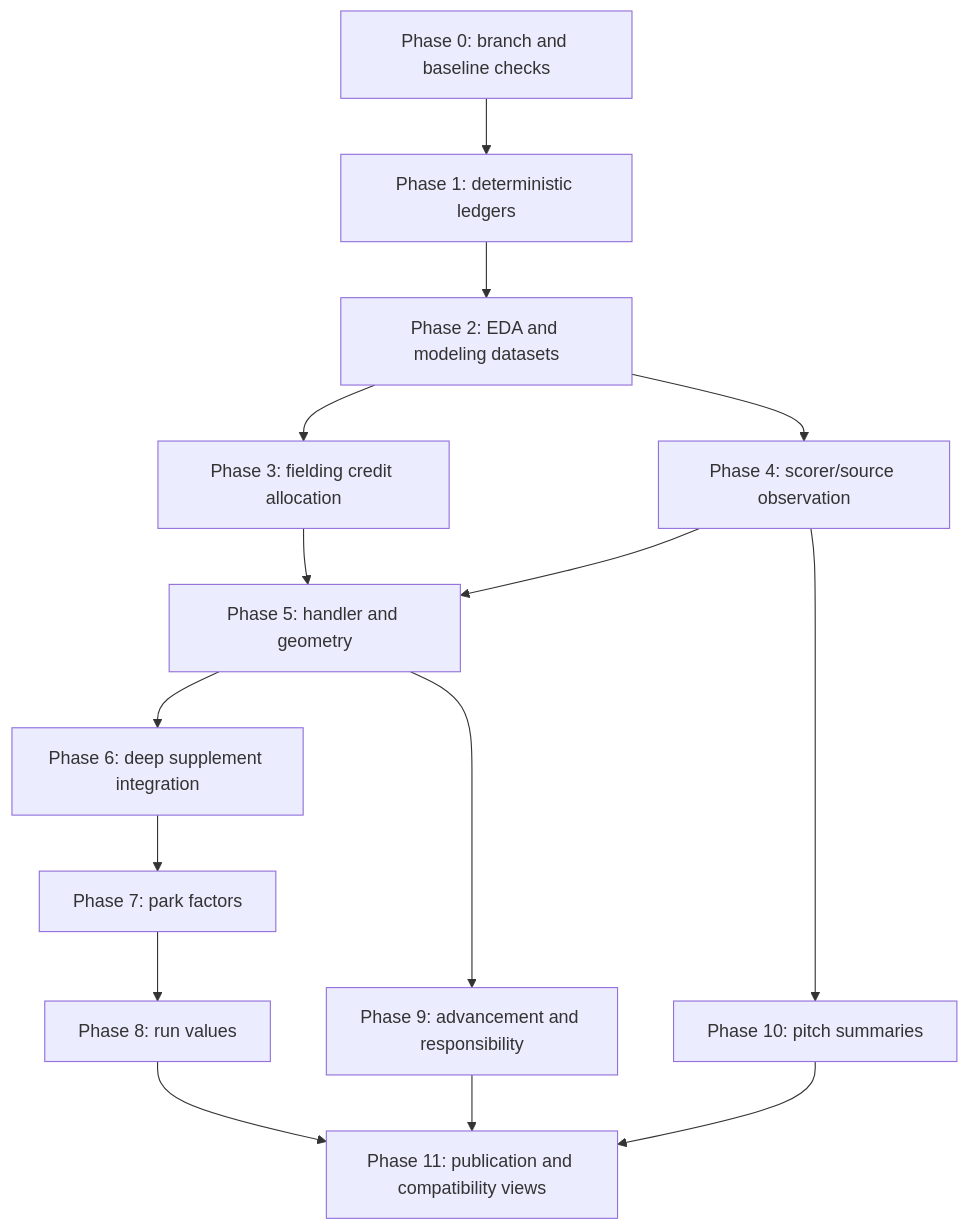
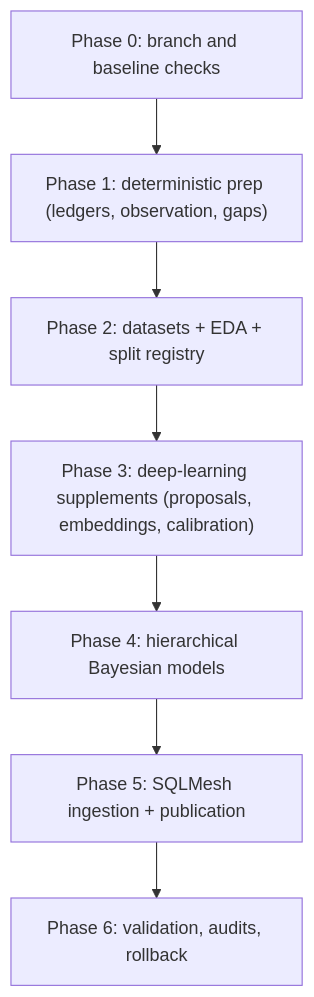
One commit to droher/baseball.computer changed the diagram in notes/data-coverage-implementation/06-rollout-and-validation.md. Above: the diagram before and after it, drawn with Mermaid. The commit also changed other lines of this file and 11 other files, not shown here.

````diff
--- a/notes/data-coverage-implementation/06-rollout-and-validation.md
+++ b/notes/data-coverage-implementation/06-rollout-and-validation.md
@@ -19,17 +21,9 @@
 ```mermaid
 flowchart TD
-  P0["Phase 0: branch and baseline checks"] --> P1["Phase 1: deterministic ledgers"]
-  P1 --> P2["Phase 2: EDA and modeling datasets"]
-  P2 --> P3["Phase 3: fielding credit allocation"]
-  P2 --> P4["Phase 4: scorer/source observation"]
-  P3 --> P5["Phase 5: handler and geometry"]
-  P4 --> P5
-  P5 --> P6["Phase 6: deep supplement integration"]
-  P6 --> P7["Phase 7: park factors"]
-  P7 --> P8["Phase 8: run values"]
-  P5 --> P9["Phase 9: advancement and responsibility"]
-  P4 --> P10["Phase 10: pitch summaries"]
-  P8 --> P11["Phase 11: publication and compatibility views"]
-  P9 --> P11
-  P10 --> P11
+  P0["Phase 0: branch and baseline checks"] --> P1["Phase 1: deterministic prep (ledgers, observation, gaps)"]
+  P1 --> P2["Phase 2: datasets + EDA + split registry"]
+  P2 --> P3["Phase 3: deep-learning supplements (proposals, embeddings, calibration)"]
+  P3 --> P4["Phase 4: hierarchical Bayesian models"]
+  P4 --> P5["Phase 5: SQLMesh ingestion + publication"]
+  P5 --> P6["Phase 6: validation, audits, rollback"]
 ```
````
